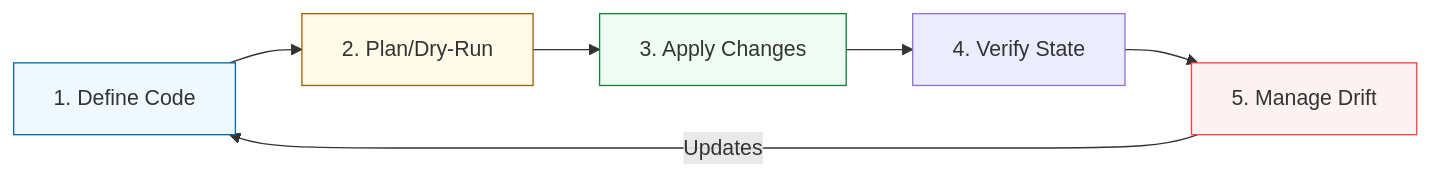
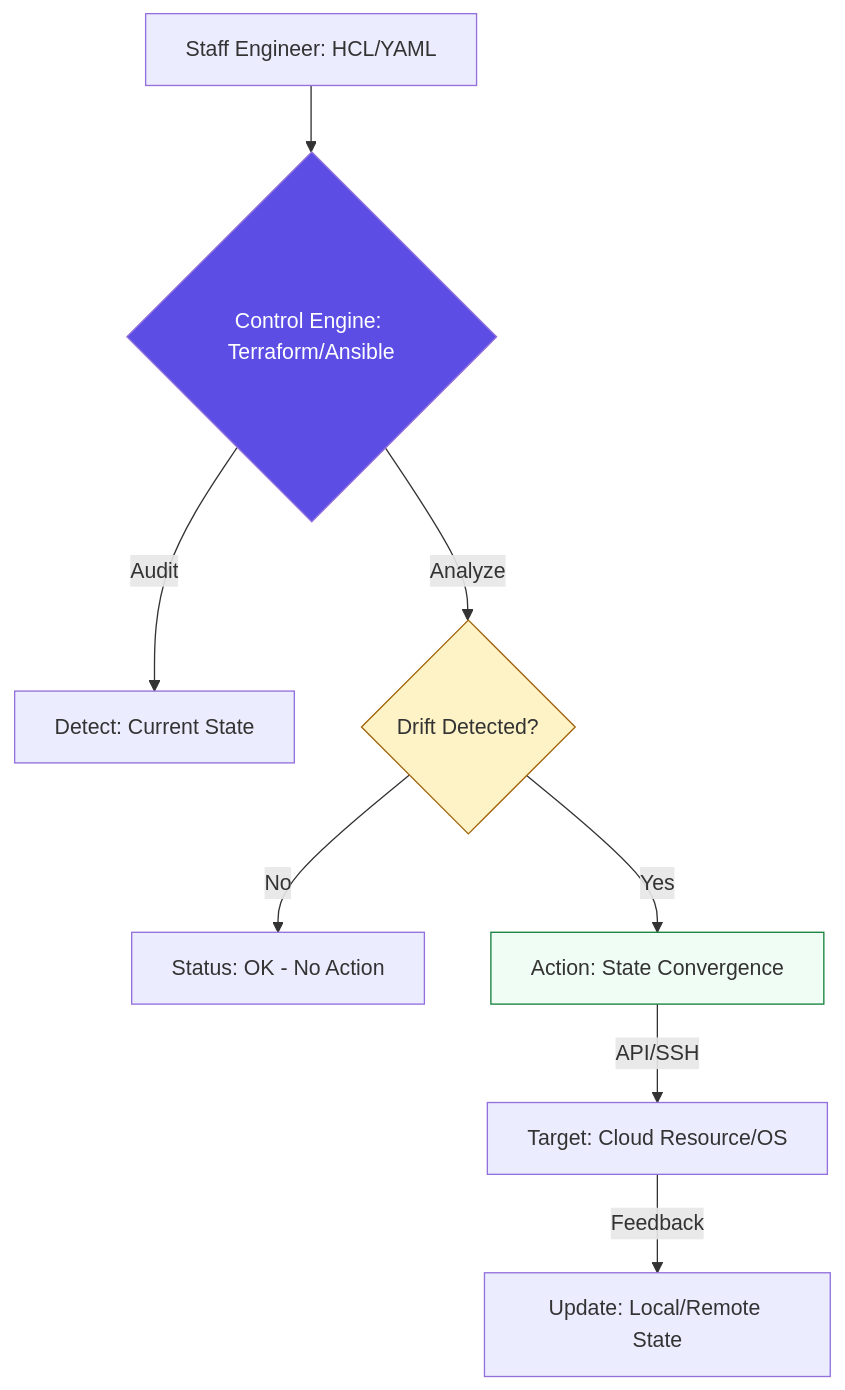
The diagram in 2-Intermediate/02-Phase-2/01-Infrastructure-Automation/02-Config-Management/01-Introduction/README.md (Ganil151/Devops), drawn with Mermaid before and after one commit. The commit also changed other lines of this file and 281 other files, not shown here.

````diff
--- a/2-Intermediate/02-Phase-2/01-Infrastructure-Automation/02-Config-Management/01-Introduction/README.md
+++ b/2-Intermediate/02-Phase-2/01-Infrastructure-Automation/02-Config-Management/01-Introduction/README.md
@@ -22,13 +13,14 @@
 ```mermaid
-graph LR
-    Define[1. Define Code] --> Plan[2. Plan/Dry-Run]
-    Plan --> Apply[3. Apply Changes]
-    Apply --> Verify[4. Verify State]
-    Verify --> Manage[5. Manage Drift]
-    Manage -->|Updates| Define
+graph TD
+    A[Staff Engineer: HCL/YAML] --> B{Control Engine: Terraform/Ansible}
+    B -- Audit --> C[Detect: Current State]
+    B -- Analyze --> D{Drift Detected?}
+    D -- No --> E[Status: OK - No Action]
+    D -- Yes --> F[Action: State Convergence]
+    F -- API/SSH --> G[Target: Cloud Resource/OS]
+    G -- Feedback --> H[Update: Local/Remote State]
     
-    style Define fill:#f0f9ff,stroke:#0369a1
-    style Plan fill:#fefce8,stroke:#a16207
-    style Apply fill:#f0fdf4,stroke:#15803d
-    style Manage fill:#fdf2f2,stroke:#ef4444
+    style B fill:#5c4ee5,color:#fff
+    style D fill:#fef3c7,stroke:#a16207
+    style F fill:#f0fdf4,stroke:#15803d
 ```
````
